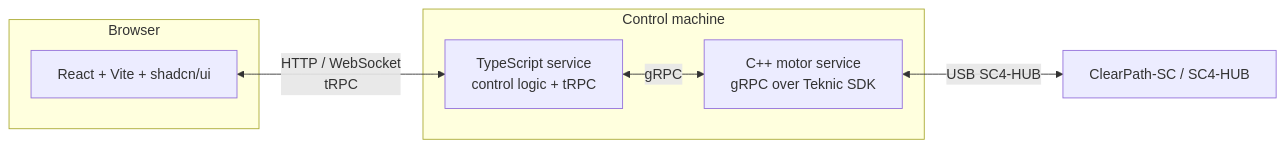
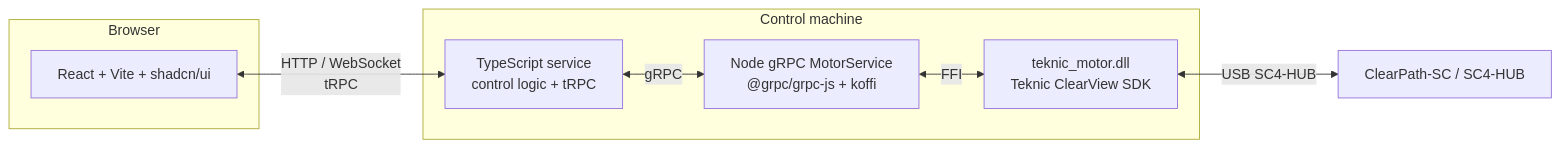
One commit to SamuelC54/real-pendulum-2 changed the diagram in docs/TECHDOC.md. Above: the diagram before and after it, drawn with Mermaid. The commit also changed other lines of this file and 37 other files, not shown here.

First line of the commit message:
refactor: rename motor app to apps/motor-service and @real-pendulum/motor-service

````diff
--- a/docs/TECHDOC.md
+++ b/docs/TECHDOC.md
@@ -20,15 +20,17 @@
 ```mermaid
 flowchart LR
   subgraph browser [Browser]
     UI[React + Vite + shadcn/ui]
   end
   subgraph node [Control machine]
     TS[TypeScript service\ncontrol logic + tRPC]
-    CPP[C++ motor service\ngRPC over Teknic SDK]
+    MS[Node gRPC MotorService\n@grpc/grpc-js + koffi]
+    DLL[teknic_motor.dll\nTeknic ClearView SDK]
   end
   HW[ClearPath-SC / SC4-HUB]
 
   UI <-->|HTTP / WebSocket\ntRPC| TS
-  TS <-->|gRPC| CPP
-  CPP <-->|USB SC4-HUB| HW
+  TS <-->|gRPC| MS
+  MS <-->|FFI| DLL
+  DLL <-->|USB SC4-HUB| HW
 ```
````
